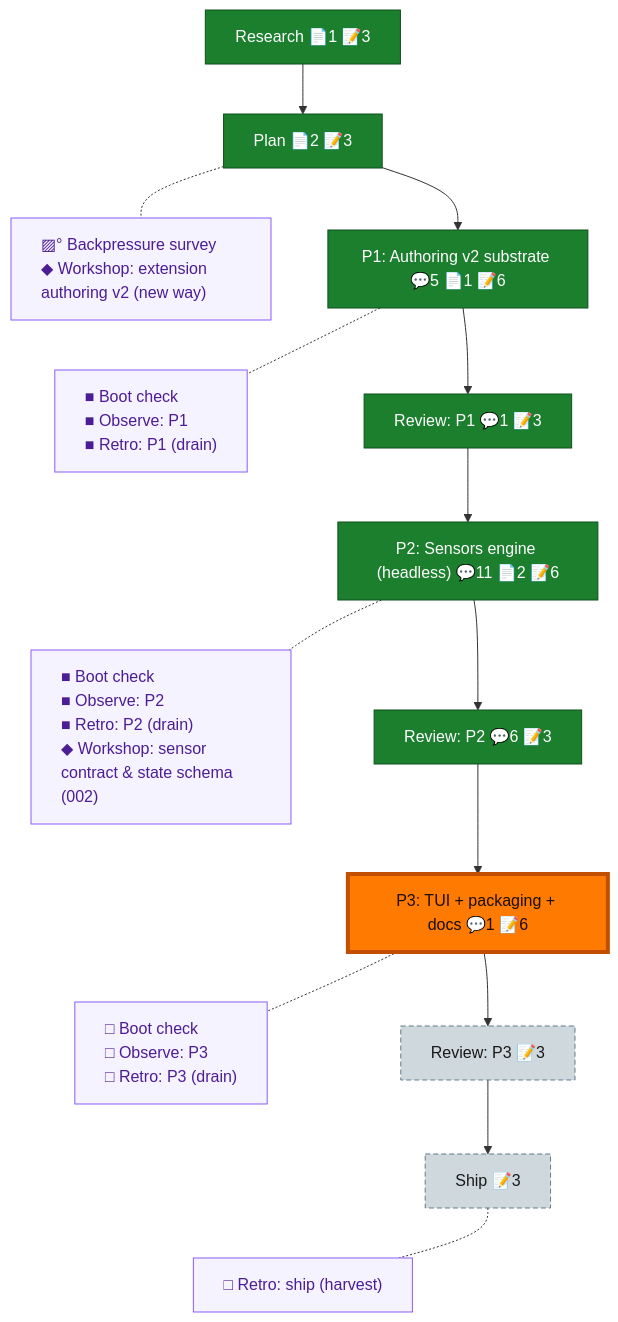
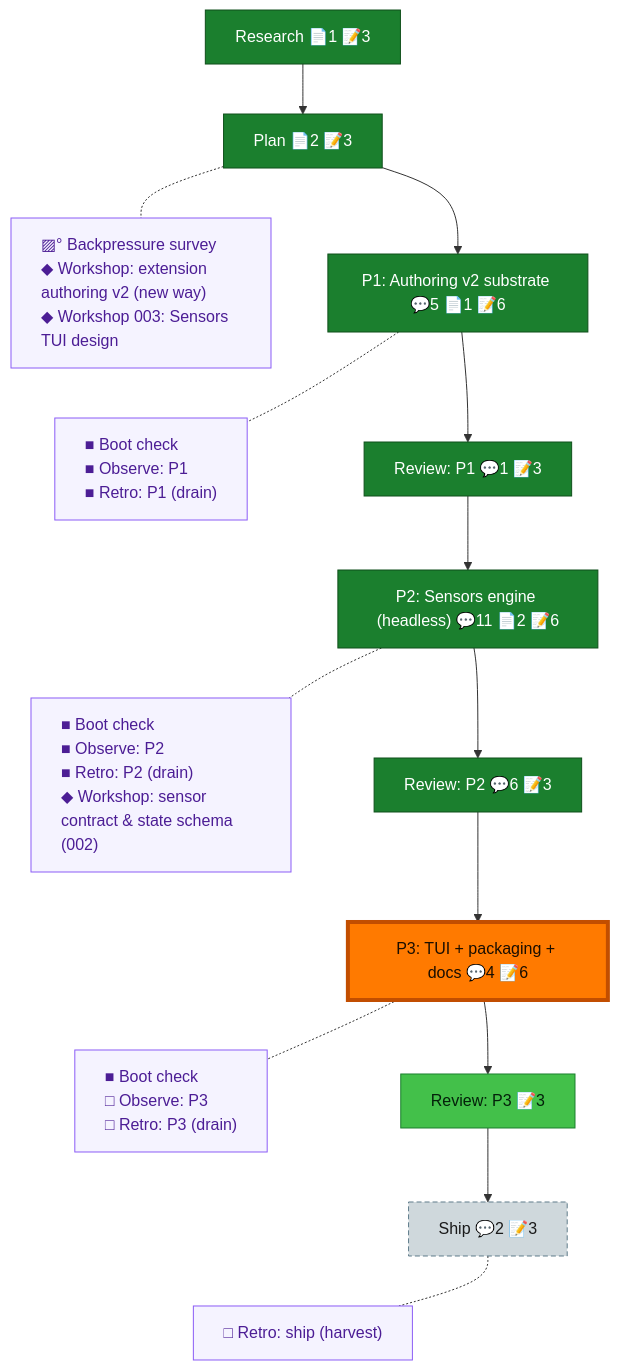
One commit to AI-Substrate/harness-engineering changed the diagram in docs/plans/059-typed-extensions-sensors/the-flow.md. Above: the diagram before and after it, drawn with Mermaid. The commit also changed other lines of this file and 61 other files, not shown here.

First line of the commit message:
feat(sensors): TUI + agent JSON, docs, repo sensors, proxy lock fix

````diff
--- a/docs/plans/059-typed-extensions-sensors/the-flow.md
+++ b/docs/plans/059-typed-extensions-sensors/the-flow.md
@@ -8,37 +8,37 @@
 ```mermaid
 flowchart TD
     research["Research 📄1 📝3"]:::done
     plan["Plan 📄2 📝3"]:::done
     phase_1["P1: Authoring v2 substrate 💬5 📄1 📝6"]:::done
     review_1["Review: P1 💬1 📝3"]:::done
     phase_2["P2: Sensors engine (headless) 💬11 📄2 📝6"]:::done
     review_2["Review: P2 💬6 📝3"]:::done
-    phase_3["P3: TUI + packaging + docs 💬1 📝6"]:::known
-    review_3["Review: P3 📝3"]:::assumed
-    ship["Ship 📝3"]:::assumed
+    phase_3["P3: TUI + packaging + docs 💬4 📝6"]:::wip
+    review_3["Review: P3 📝3"]:::wip
+    ship["Ship 💬2 📝3"]:::assumed
 
     research --> plan --> phase_1 --> review_1 --> phase_2 --> review_2 --> phase_3 --> review_3 --> ship
 
-    planC["▨° Backpressure survey<br/>◆ Workshop: extension authoring v2 (new way)"]:::chore
+    planC["▨° Backpressure survey<br/>◆ Workshop: extension authoring v2 (new way)<br/>◆ Workshop 003: Sensors TUI design"]:::chore
     phase_1C["■ Boot check<br/>■ Observe: P1<br/>■ Retro: P1 (drain)"]:::chore
     phase_2C["■ Boot check<br/>■ Observe: P2<br/>■ Retro: P2 (drain)<br/>◆ Workshop: sensor contract & state schema (002)"]:::chore
-    phase_3C["□ Boot check<br/>□ Observe: P3<br/>□ Retro: P3 (drain)"]:::chore
+    phase_3C["■ Boot check<br/>□ Observe: P3<br/>□ Retro: P3 (drain)"]:::chore
     shipC["□ Retro: ship (harvest)"]:::chore
 
     %% invisible chain holds the gutter boxes in their own column
     planC ~~~ phase_1C ~~~ phase_2C ~~~ phase_3C ~~~ shipC
 
     %% dotted links pull each gutter box beside its node
     plan -.- planC
     phase_1 -.- phase_1C
     phase_2 -.- phase_2C
     phase_3 -.- phase_3C
     ship -.- shipC
 
     classDef done fill:#1B7F2E,stroke:#0F4F1B,color:#fff;
-    classDef known fill:#1E73E8,stroke:#0D3F86,color:#fff;
+    classDef wip fill:#43C04A,stroke:#1B7F2E,color:#04210A;
     classDef assumed fill:#CFD8DC,stroke:#607D8B,color:#1a1a1a,stroke-dasharray:5 3;
     classDef chore fill:#f5f3ff,stroke:#8b5cf6,color:#4c1d95,text-align:left;
     classDef current fill:#FF7A00,stroke:#C24E00,color:#1a0e00,stroke-width:4px;
     class phase_3 current;
 ```
````
